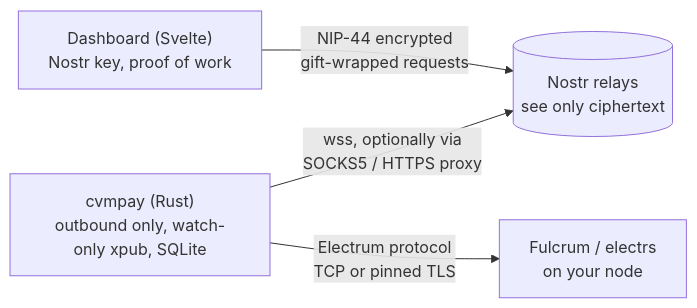
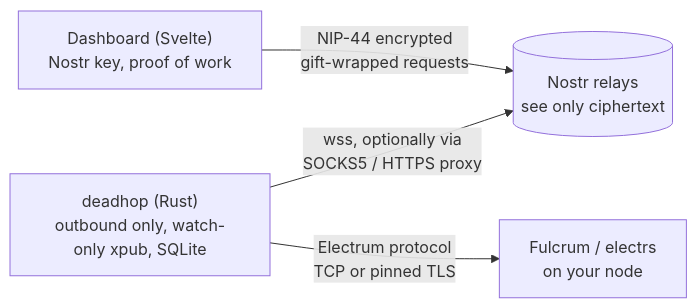
Before and after one commit to sandwichfarm/deadhop: the diagram in README.md, drawn with Mermaid. The commit also changed other lines of this file and 158 other files, not shown here.

````diff
--- a/README.md
+++ b/README.md
@@ -22,6 +22,6 @@
 ```mermaid
 flowchart LR
     C["Dashboard (Svelte)<br/>Nostr key, proof of work"] -- "NIP-44 encrypted<br/>gift-wrapped requests" --> R[("Nostr relays<br/>see only ciphertext")]
-    S["cvmpay (Rust)<br/>outbound only, watch-only xpub, SQLite"] -- "wss, optionally via<br/>SOCKS5 / HTTPS proxy" --> R
+    S["deadhop (Rust)<br/>outbound only, watch-only xpub, SQLite"] -- "wss, optionally via<br/>SOCKS5 / HTTPS proxy" --> R
     S -- "Electrum protocol<br/>TCP or pinned TLS" --> E["Fulcrum / electrs<br/>on your node"]
 ```
````
